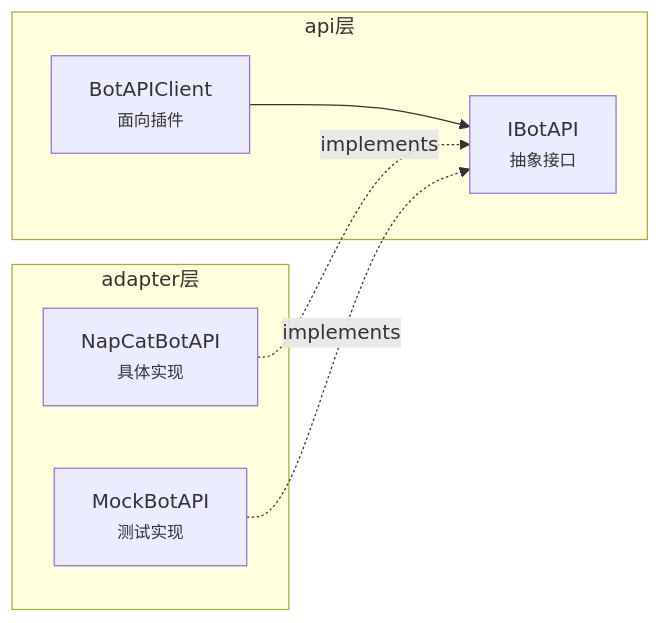
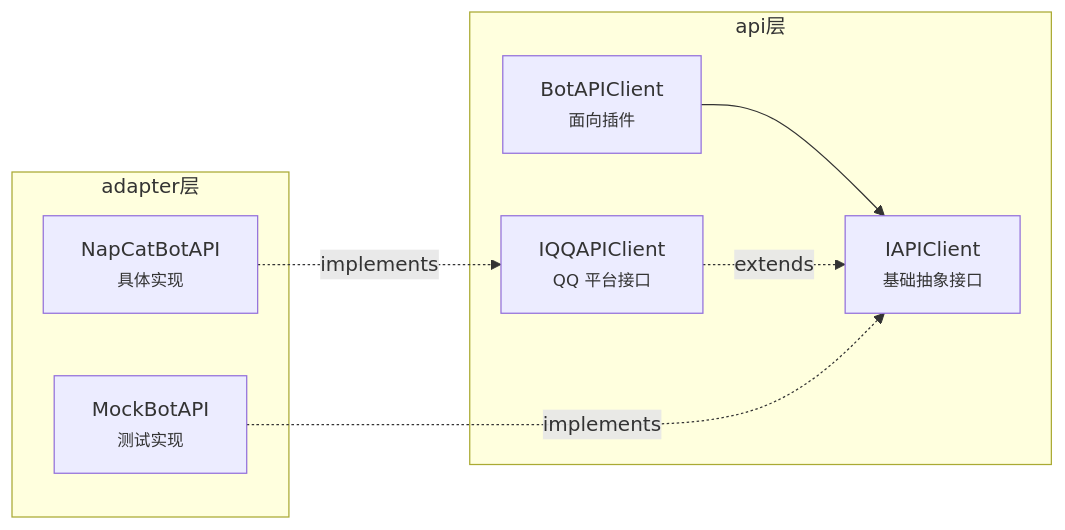
One commit to Sparrived/ncatbot changed the second of 3 diagrams in docs/contributing/design_decisions/1_architecture.md. Above: the diagram before and after it, drawn with Mermaid. The commit also changed other lines of this file and 91 other files, not shown here.

````diff
--- a/docs/contributing/design_decisions/1_architecture.md
+++ b/docs/contributing/design_decisions/1_architecture.md
@@ -104,15 +105,17 @@
 ```mermaid
 graph LR
     subgraph api层
-        IBotAPI["IBotAPI<br/><small>抽象接口</small>"]
+        IAPIClient["IAPIClient<br/><small>基础抽象接口</small>"]
+        IQQAPIClient["IQQAPIClient<br/><small>QQ 平台接口</small>"]
         Client["BotAPIClient<br/><small>面向插件</small>"]
     end
     subgraph adapter层
         NapCatAPI["NapCatBotAPI<br/><small>具体实现</small>"]
         MockAPI["MockBotAPI<br/><small>测试实现</small>"]
     end
 
-    Client --> IBotAPI
-    NapCatAPI -.->|implements| IBotAPI
-    MockAPI -.->|implements| IBotAPI
+    Client --> IAPIClient
+    IQQAPIClient -.->|extends| IAPIClient
+    NapCatAPI -.->|implements| IQQAPIClient
+    MockAPI -.->|implements| IAPIClient
 ```
````
